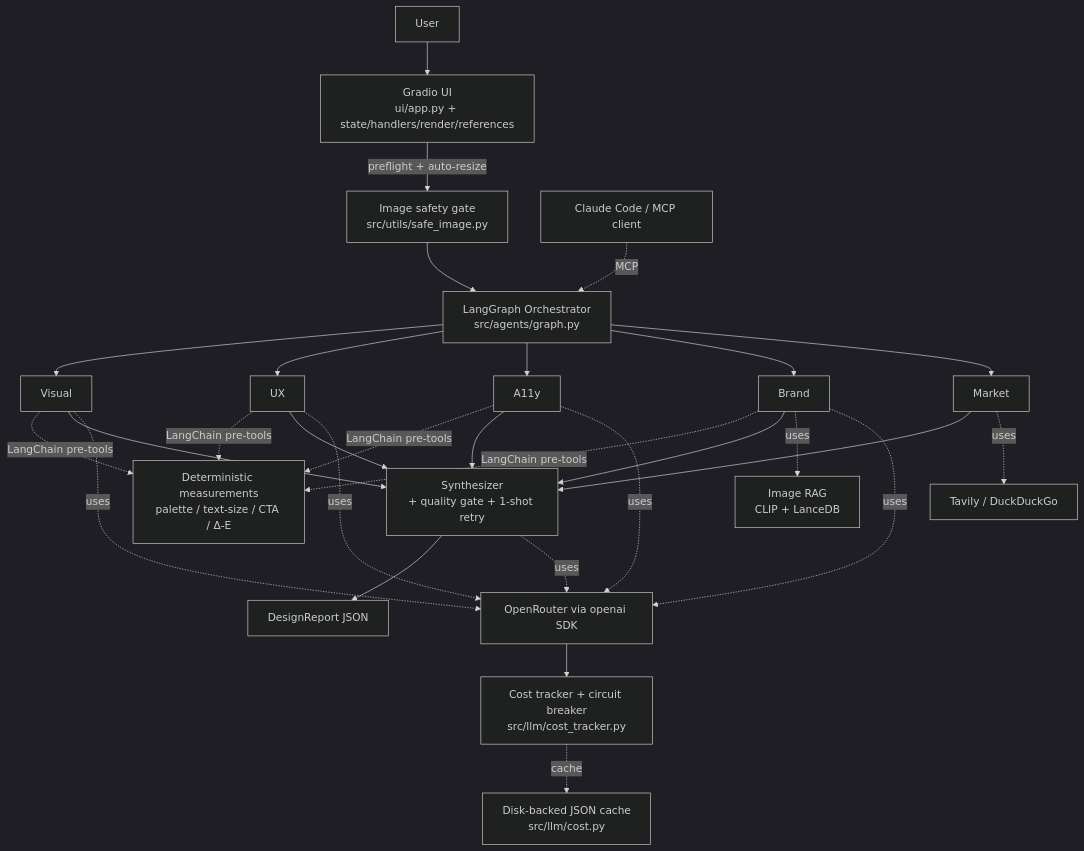
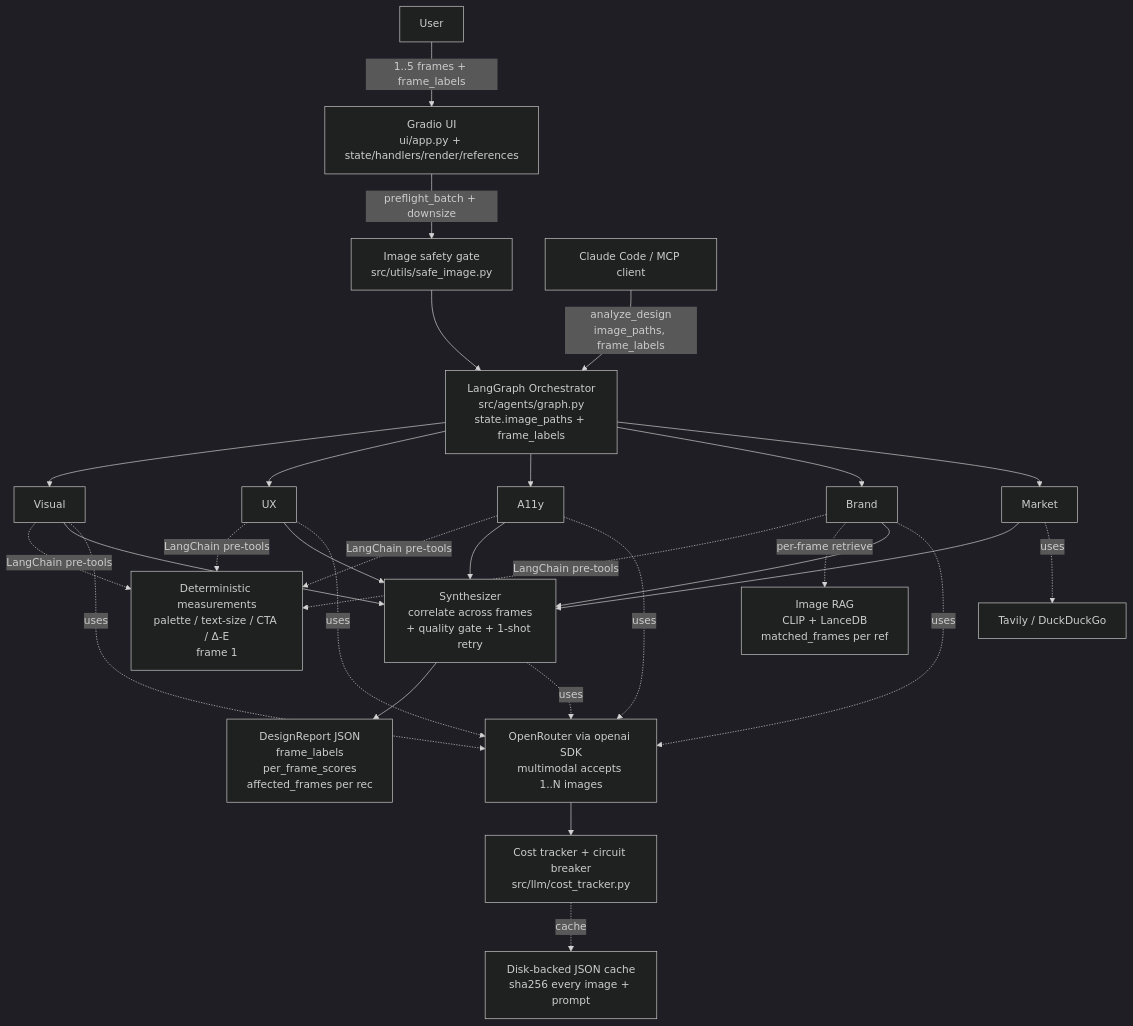
Before and after one commit to chkrvrthy/Accelerator_C7_Hackthon_Multimodal_G1: the diagram in README.md, drawn with Mermaid (dark theme). The commit also changed other lines of this file and 50 other files, not shown here.

````diff
--- a/README.md
+++ b/README.md
@@ -61,16 +148,16 @@
 ```mermaid
 flowchart TB
-    User --> UI[Gradio UI<br/>ui/app.py + state/handlers/render/references]
-    UI -- preflight + auto-resize --> Safety[Image safety gate<br/>src/utils/safe_image.py]
-    Safety --> Graph[LangGraph Orchestrator<br/>src/agents/graph.py]
+    User -- 1..5 frames + frame_labels --> UI[Gradio UI<br/>ui/app.py + state/handlers/render/references]
+    UI -- preflight_batch + downsize --> Safety[Image safety gate<br/>src/utils/safe_image.py]
+    Safety --> Graph[LangGraph Orchestrator<br/>src/agents/graph.py<br/>state.image_paths + frame_labels]
     Graph --> Visual & UX & A11y & Brand & Market
-    Visual & UX & A11y & Brand -.LangChain pre-tools.-> PreTools[Deterministic measurements<br/>palette / text-size / CTA / Δ-E]
-    Visual & UX & A11y & Brand & Market --> Synth[Synthesizer<br/>+ quality gate + 1-shot retry]
-    Synth --> Report[DesignReport JSON]
-    Brand -.uses.-> RAG[Image RAG<br/>CLIP + LanceDB]
+    Visual & UX & A11y & Brand -.LangChain pre-tools.-> PreTools[Deterministic measurements<br/>palette / text-size / CTA / Δ-E<br/>frame 1]
+    Brand -.per-frame retrieve.-> RAG[Image RAG<br/>CLIP + LanceDB<br/>matched_frames per ref]
+    Visual & UX & A11y & Brand & Market --> Synth[Synthesizer<br/>correlate across frames<br/>+ quality gate + 1-shot retry]
+    Synth --> Report[DesignReport JSON<br/>frame_labels<br/>per_frame_scores<br/>affected_frames per rec]
     Market -.uses.-> Web[Tavily / DuckDuckGo]
-    Visual & UX & A11y & Brand & Synth -.uses.-> LLM[OpenRouter via openai SDK]
+    Visual & UX & A11y & Brand & Synth -.uses.-> LLM[OpenRouter via openai SDK<br/>multimodal accepts 1..N images]
     LLM --> Resilience[Cost tracker + circuit breaker<br/>src/llm/cost_tracker.py]
-    Resilience -.cache.-> Cache[Disk-backed JSON cache<br/>src/llm/cost.py]
-    External[Claude Code / MCP client] -.MCP.-> Graph
+    Resilience -.cache.-> Cache[Disk-backed JSON cache<br/>sha256 every image + prompt]
+    External[Claude Code / MCP client] -- analyze_design<br/>image_paths, frame_labels --> Graph
 ```
````
